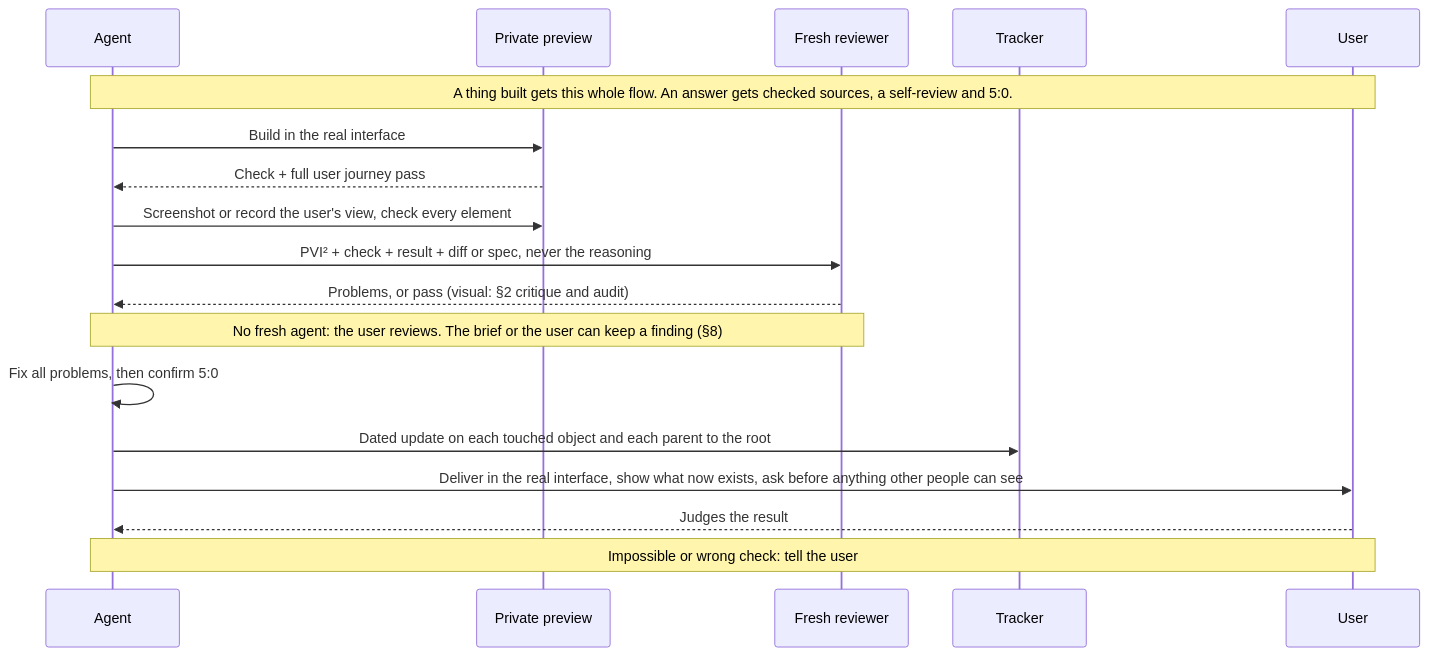
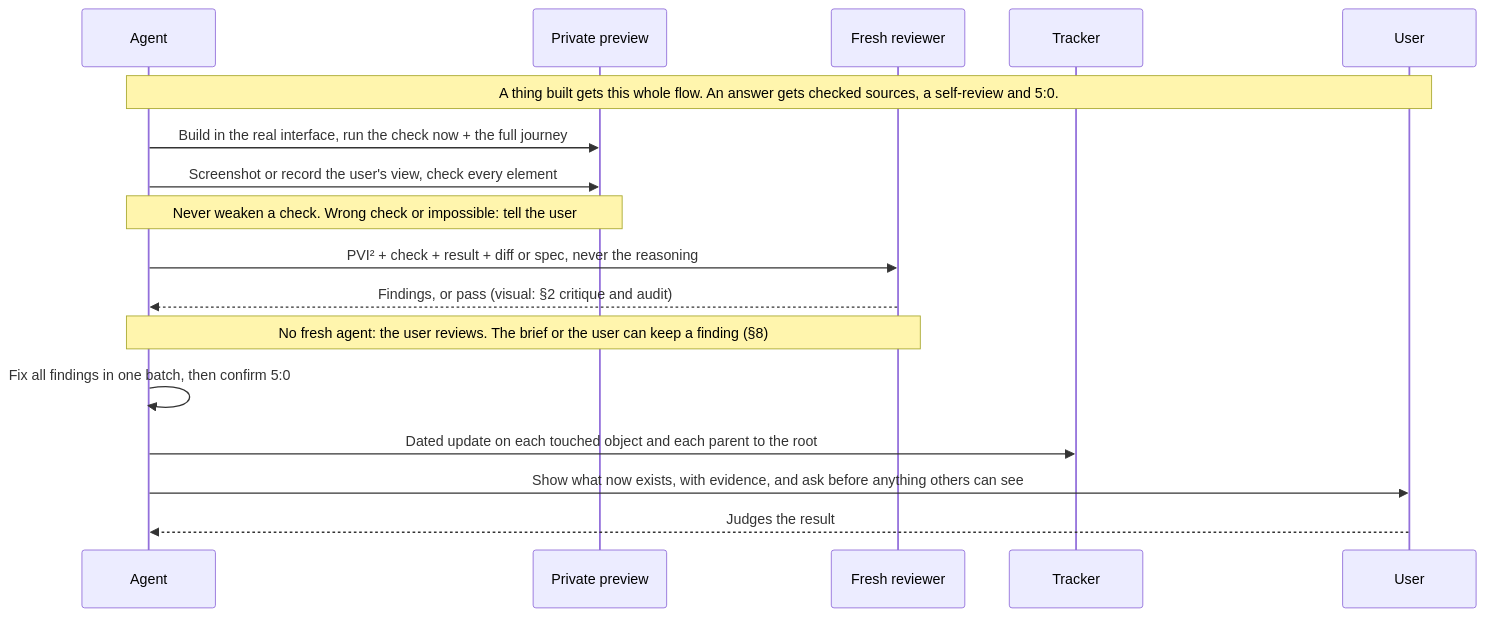
Diagram 11 of 14 in AGENTS.md (SolenixAI/arbiter), drawn with Mermaid before and after one commit. The commit also changed other lines of this file, not shown here.

Commit message:
docs(agents): section 10 runs the check now, never weakens it, delivers with evidence

````diff
--- a/AGENTS.md
+++ b/AGENTS.md
@@ -444,20 +441,19 @@
 ```mermaid
 sequenceDiagram
   participant A as Agent
   participant P as Private preview
   participant R as Fresh reviewer
   participant T as Tracker
   participant U as User
   Note over A,U: A thing built gets this whole flow. An answer gets checked sources, a self-review and 5:0.
-  A->>P: Build in the real interface
-  P-->>A: Check + full user journey pass
+  A->>P: Build in the real interface, run the check now + the full journey
   A->>P: Screenshot or record the user's view, check every element
+  Note over A,P: Never weaken a check. Wrong check or impossible: tell the user
   A->>R: PVI² + check + result + diff or spec, never the reasoning
-  R-->>A: Problems, or pass (visual: §2 critique and audit)
+  R-->>A: Findings, or pass (visual: §2 critique and audit)
   Note over A,R: No fresh agent: the user reviews. The brief or the user can keep a finding (§8)
-  A->>A: Fix all problems, then confirm 5:0
+  A->>A: Fix all findings in one batch, then confirm 5:0
   A->>T: Dated update on each touched object and each parent to the root
-  A->>U: Deliver in the real interface, show what now exists, ask before anything other people can see
+  A->>U: Show what now exists, with evidence, and ask before anything others can see
   U-->>A: Judges the result
-  Note over A,U: Impossible or wrong check: tell the user
 ```
````
